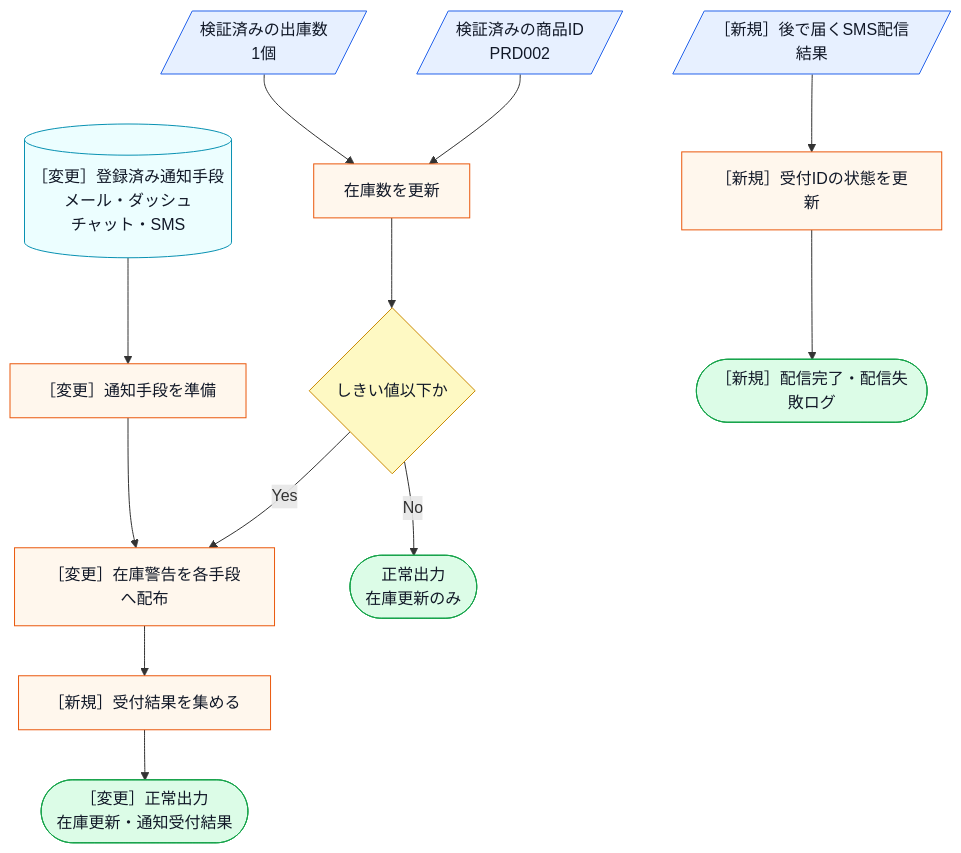
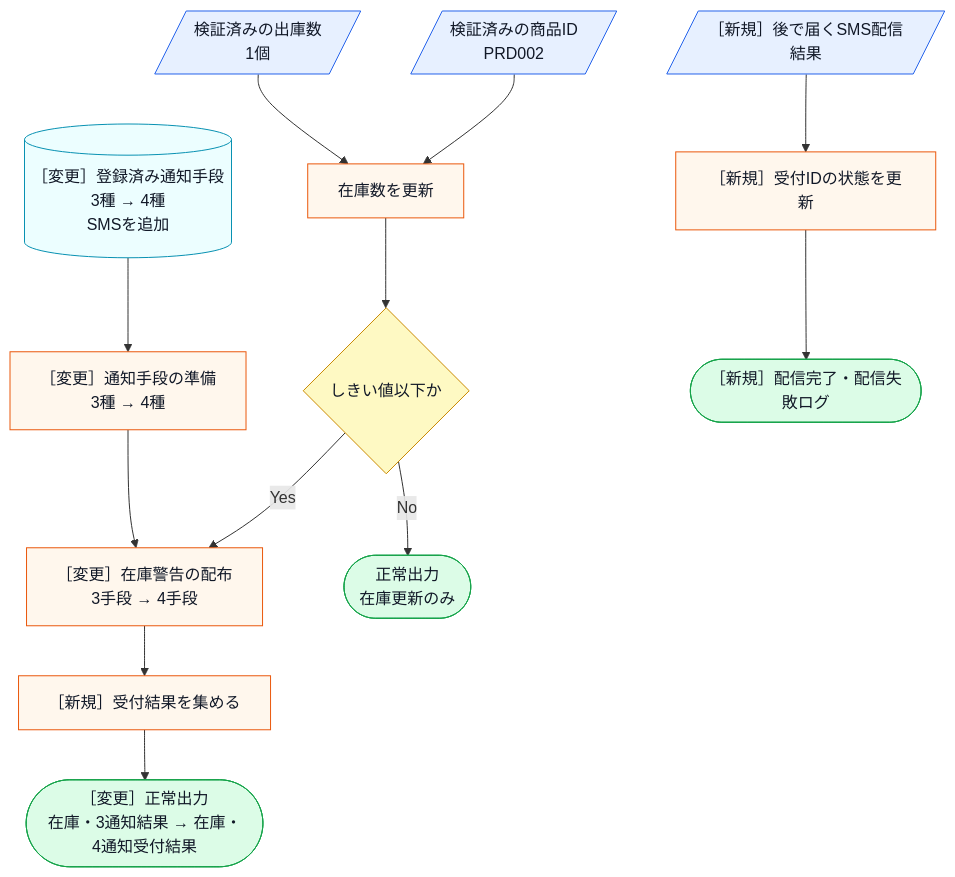
The sixth of 17 diagrams in kindle/design-patterns/books/volume01-core-patterns/output/05-chapter03.md (kumachan1101-pixel/DesignPattern), drawn with Mermaid before and after one commit. The commit also changed other lines of this file and 18 other files, not shown here.

````diff
--- a/kindle/design-patterns/books/volume01-core-patterns/output/05-chapter03.md
+++ b/kindle/design-patterns/books/volume01-core-patterns/output/05-chapter03.md
@@ -893,20 +904,20 @@
 ```mermaid
 flowchart TB
     A[/検証済みの商品ID<br>PRD002/]:::input --> G[在庫数を更新]:::process
     C[/検証済みの出庫数<br>1個/]:::input --> G
-    E[(［変更］登録済み通知手段<br>メール・ダッシュ<br>チャット・SMS)]:::data --> F[［変更］通知手段を準備]:::process
+    E[(［変更］登録済み通知手段<br>3種 → 4種<br>SMSを追加)]:::data --> F[［変更］通知手段の準備<br>3種 → 4種]:::process
     G --> H{しきい値以下か}:::decision
-    H -->|Yes| I[［変更］在庫警告を各手段へ配布]:::process
+    H -->|Yes| I[［変更］在庫警告の配布<br>3手段 → 4手段]:::process
     F --> I
     I --> L[［新規］受付結果を集める]:::process
-    L --> K([［変更］正常出力<br>在庫更新・通知受付結果]):::normal
+    L --> K([［変更］正常出力<br>在庫・3通知結果 → 在庫・4通知受付結果]):::normal
     H -->|No| J([正常出力<br>在庫更新のみ]):::normal
     S[/［新規］後で届くSMS配信結果/]:::input --> O[［新規］受付IDの状態を更新]:::process
     O --> P([［新規］配信完了・配信失敗ログ]):::normal
 
     classDef data fill:#ecfeff,stroke:#0891b2,color:#111827;
     classDef input fill:#e7f0ff,stroke:#2563eb,color:#111827;
     classDef process fill:#fff7ed,stroke:#ea580c,color:#111827;
     classDef decision fill:#fef9c3,stroke:#ca8a04,color:#111827;
     classDef normal fill:#dcfce7,stroke:#16a34a,color:#111827;
 ```
````
